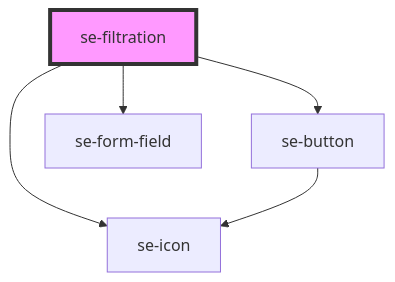
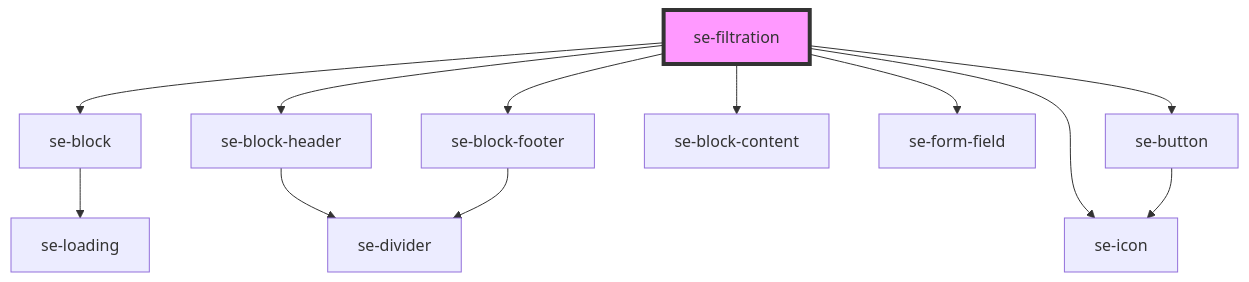
The diagram in libs/core/src/components/filtration/readme.md (robbiemcmullense/se-web-ui), drawn with Mermaid before and after one commit. The commit also changed other lines of this file and 11 other files, not shown here.

Commit message:
Filtration: Modified logic to display content.

````diff
--- a/libs/core/src/components/filtration/readme.md
+++ b/libs/core/src/components/filtration/readme.md
@@ -35,8 +36,15 @@
 ```mermaid
 graph TD;
+  se-filtration --> se-block
+  se-filtration --> se-block-header
   se-filtration --> se-button
+  se-filtration --> se-block-content
   se-filtration --> se-form-field
   se-filtration --> se-icon
+  se-filtration --> se-block-footer
+  se-block --> se-loading
+  se-block-header --> se-divider
   se-button --> se-icon
+  se-block-footer --> se-divider
   style se-filtration fill:#f9f,stroke:#333,stroke-width:4px
 ```
````
